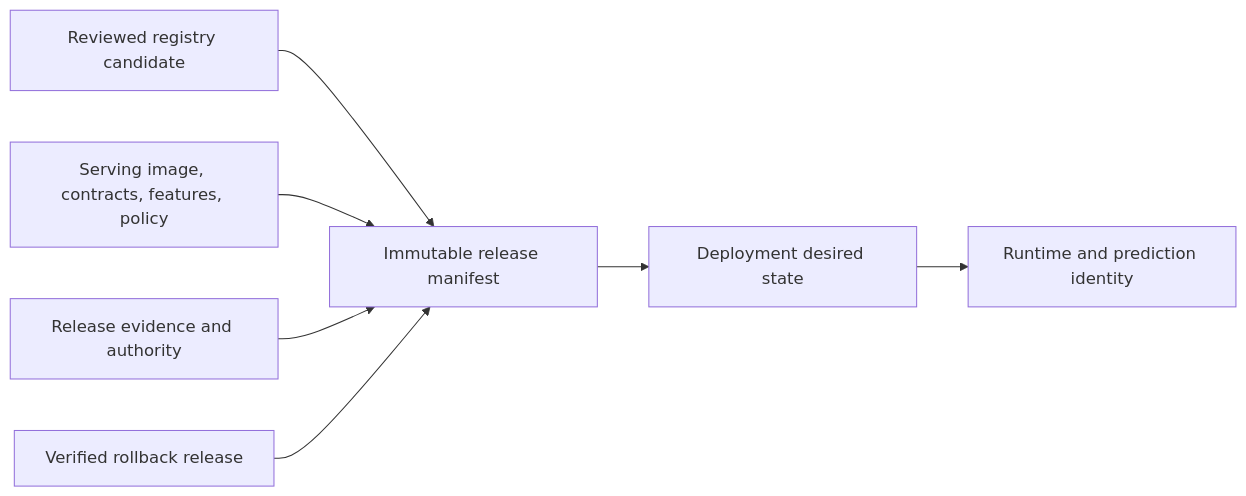
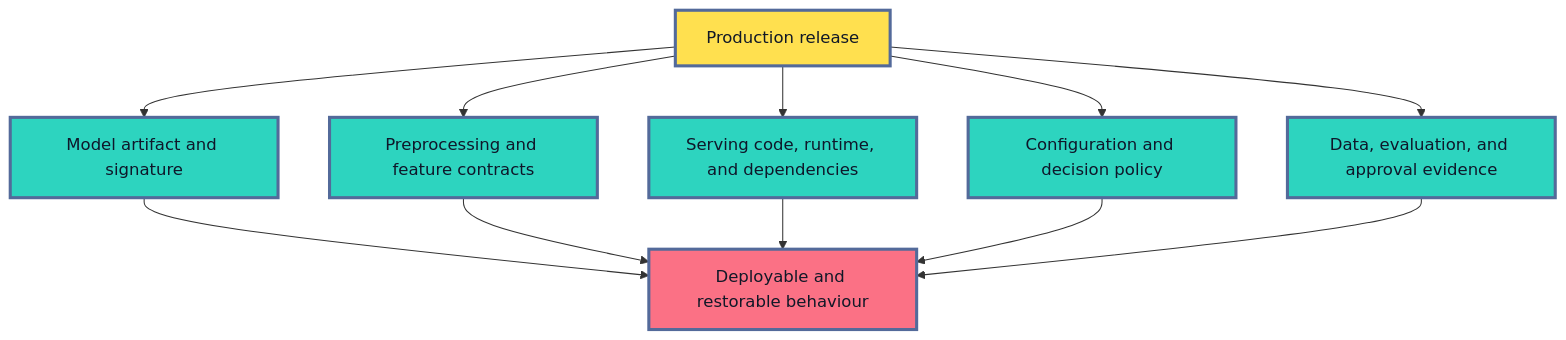
The first of 4 diagrams in roadmaps/mlops/modules/deployment-and-release-management/model-release-basics/02-model-versioning-in-production.md (senlinyy/dev-roadmaps), drawn with Mermaid before and after one commit. The commit also changed other lines of this file and 198 other files, not shown here.

````diff
--- a/roadmaps/mlops/modules/deployment-and-release-management/model-release-basics/02-model-versioning-in-production.md
+++ b/roadmaps/mlops/modules/deployment-and-release-management/model-release-basics/02-model-versioning-in-production.md
@@ -26,9 +43,20 @@
 ```mermaid
-flowchart LR
-    H["Reviewed registry candidate"] --> R["Immutable release manifest"]
-    I["Serving image, contracts, features, policy"] --> R
-    E["Release evidence and authority"] --> R
-    R --> P["Deployment desired state"]
-    P --> O["Runtime and prediction identity"]
-    B["Verified rollback release"] --> R
+flowchart TD
+    A["Production release"] --> B["Model artifact and signature"]
+    A --> C["Preprocessing and feature contracts"]
+    A --> D["Serving code, runtime, and dependencies"]
+    A --> E["Configuration and decision policy"]
+    A --> F["Data, evaluation, and approval evidence"]
+    B --> G["Deployable and restorable behaviour"]
+    C --> G
+    D --> G
+    E --> G
+    F --> G
+
+    classDef release fill:#FFE04F,stroke:#536A9A,stroke-width:3px,color:#111827
+    classDef part fill:#2DD4BF,stroke:#536A9A,stroke-width:3px,color:#0F172A
+    classDef outcome fill:#FB7185,stroke:#536A9A,stroke-width:3px,color:#111827
+    class A release
+    class B,C,D,E,F part
+    class G outcome
 ```
````
